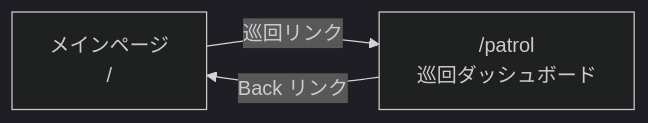
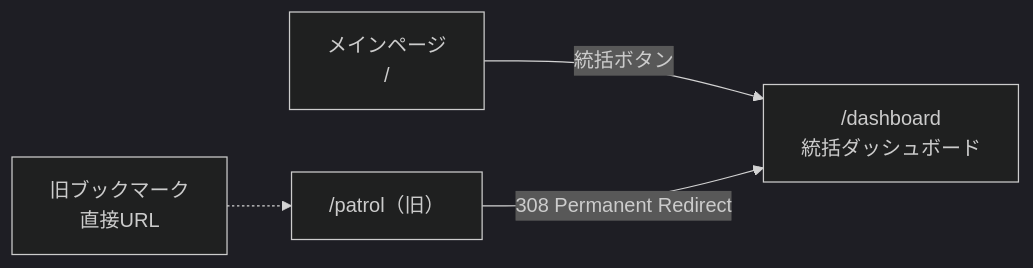
One commit to nyan-tama/Ghostrunner changed diagram 22 of 42 in devtools/frontend/docs/screen-flow.md. Above: the diagram before and after it, drawn with Mermaid (dark theme). The commit also changed other lines of this file and 6 other files, not shown here.

First line of the commit message:
feat: 動線整備(patrol→dashboard 一本化)を実装、計画書を完了へ移動

````diff
--- a/devtools/frontend/docs/screen-flow.md
+++ b/devtools/frontend/docs/screen-flow.md
@@ -639,5 +639,6 @@
 ```mermaid
 flowchart LR
-    A["メインページ<br>/"] -->|巡回リンク| B["/patrol<br>巡回ダッシュボード"]
-    B -->|Back リンク| A
+    A["メインページ<br>/"] -->|統括ボタン| D["/dashboard<br>統括ダッシュボード"]
+    P["/patrol（旧）"] -->|308 Permanent Redirect| D
+    USER["旧ブックマーク<br>直接URL"] -.-> P
 ```
````
